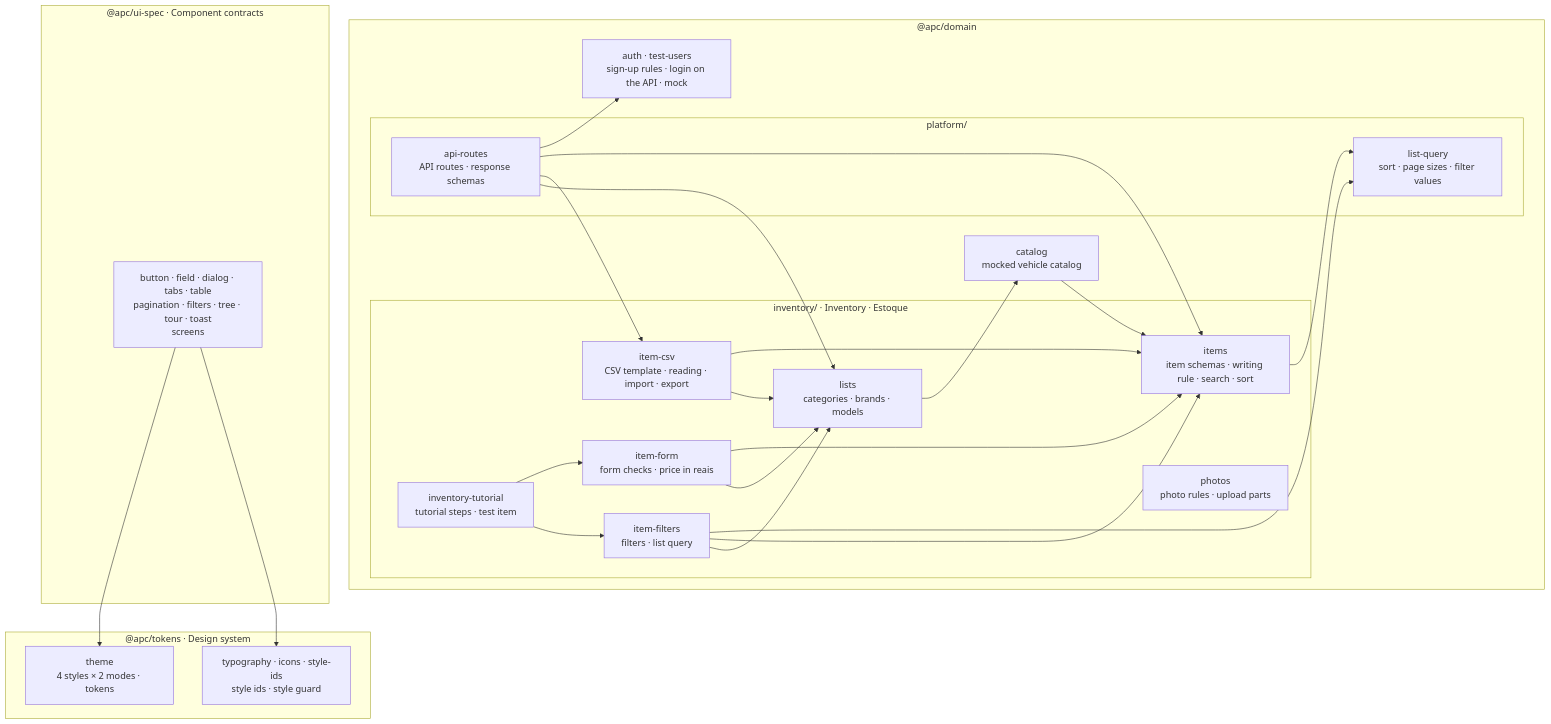
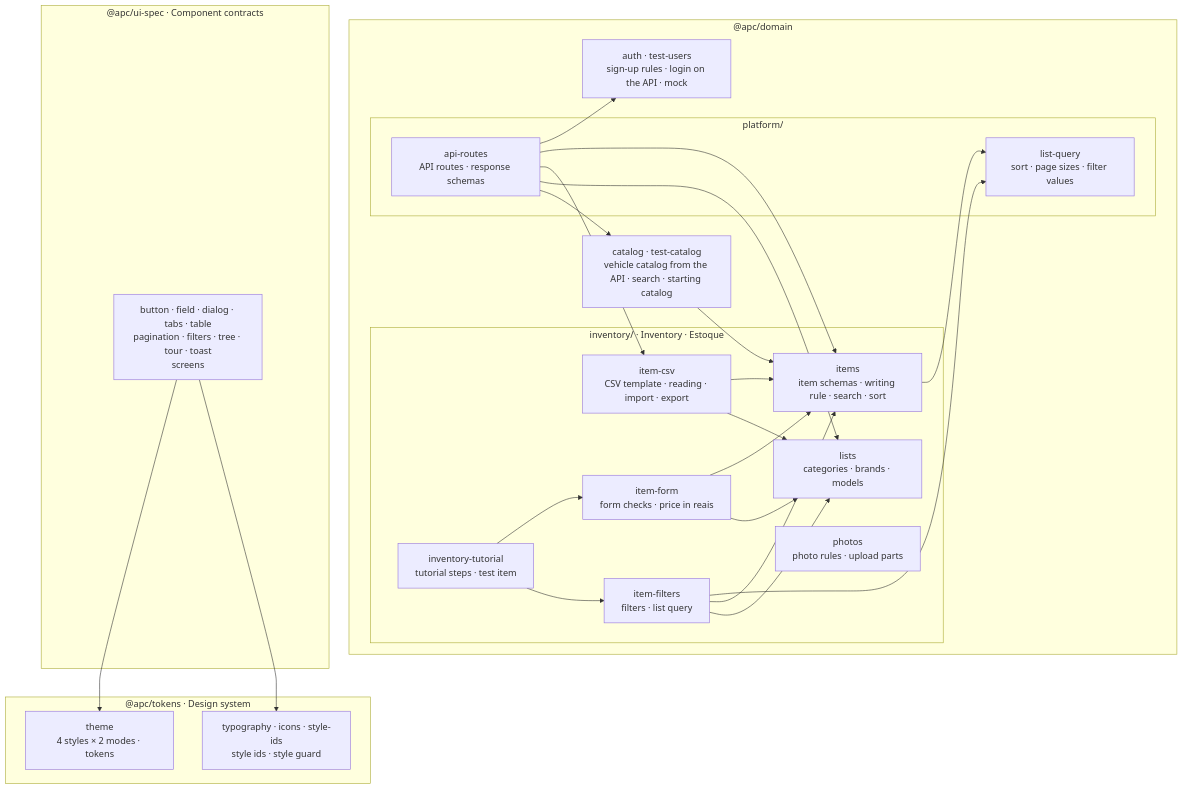
The second of 9 diagrams in docs/architecture.md (ChrisCamilo/apc-universal-repair), drawn with Mermaid before and after one commit. The commit also changed other lines of this file and 2 other files, not shown here.

Commit message:
docs: Describe the catalog's tables and where its data comes from

````diff
--- a/docs/architecture.md
+++ b/docs/architecture.md
@@ -53,45 +53,45 @@
 ```mermaid
 flowchart TB
     subgraph domain["@apc/domain"]
         subgraph inventory["inventory/ · Inventory · Estoque"]
             items["items<br/>item schemas · writing rule · search · sort"]
             itemForm["item-form<br/>form checks · price in reais"]
             itemFilters["item-filters<br/>filters · list query"]
             itemCsv["item-csv<br/>CSV template · reading · import · export"]
             lists["lists<br/>categories · brands · models"]
             photos["photos<br/>photo rules · upload parts"]
             tutorial["inventory-tutorial<br/>tutorial steps · test item"]
         end
         auth["auth · test-users<br/>sign-up rules · login on the API · mock"]
-        catalog["catalog<br/>mocked vehicle catalog"]
+        catalog["catalog · test-catalog<br/>vehicle catalog from the API · search · starting catalog"]
         subgraph platform["platform/"]
             apiRoutes["api-routes<br/>API routes · response schemas"]
             listQuery["list-query<br/>sort · page sizes · filter values"]
         end
     end
     subgraph tokensPackage["@apc/tokens · Design system"]
         theme["theme<br/>4 styles × 2 modes · tokens"]
         styling["typography · icons · style-ids<br/>style ids · style guard"]
     end
     subgraph uiSpec["@apc/ui-spec · Component contracts"]
         rest["button · field · dialog · tabs · table<br/>pagination · filters · tree · tour · toast<br/>screens"]
     end
     rest --> theme
     rest --> styling
     items --> listQuery
     itemFilters --> listQuery
     itemForm --> items
     itemFilters --> items
     itemCsv --> items
     itemForm --> lists
     itemFilters --> lists
     itemCsv --> lists
-    lists --> catalog
     catalog --> items
     tutorial --> itemForm
     tutorial --> itemFilters
     apiRoutes --> auth
     apiRoutes --> items
     apiRoutes --> itemCsv
     apiRoutes --> lists
+    apiRoutes --> catalog
 ```
````
